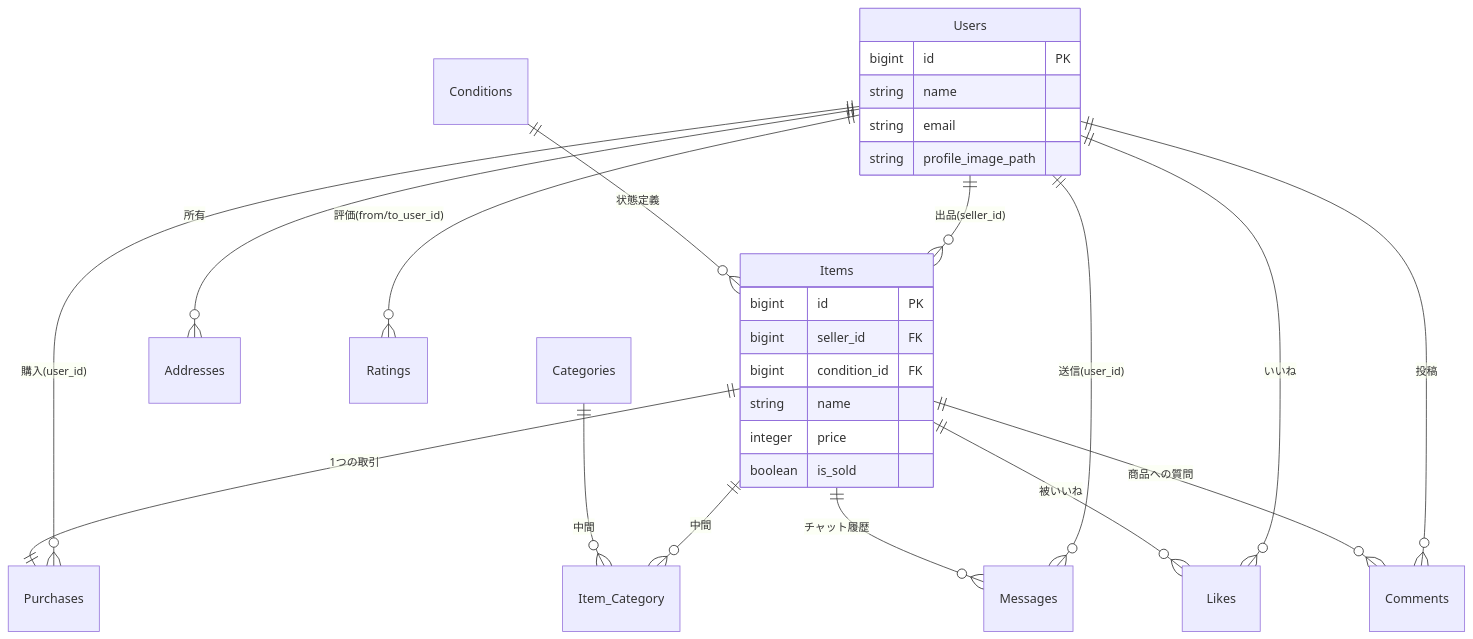
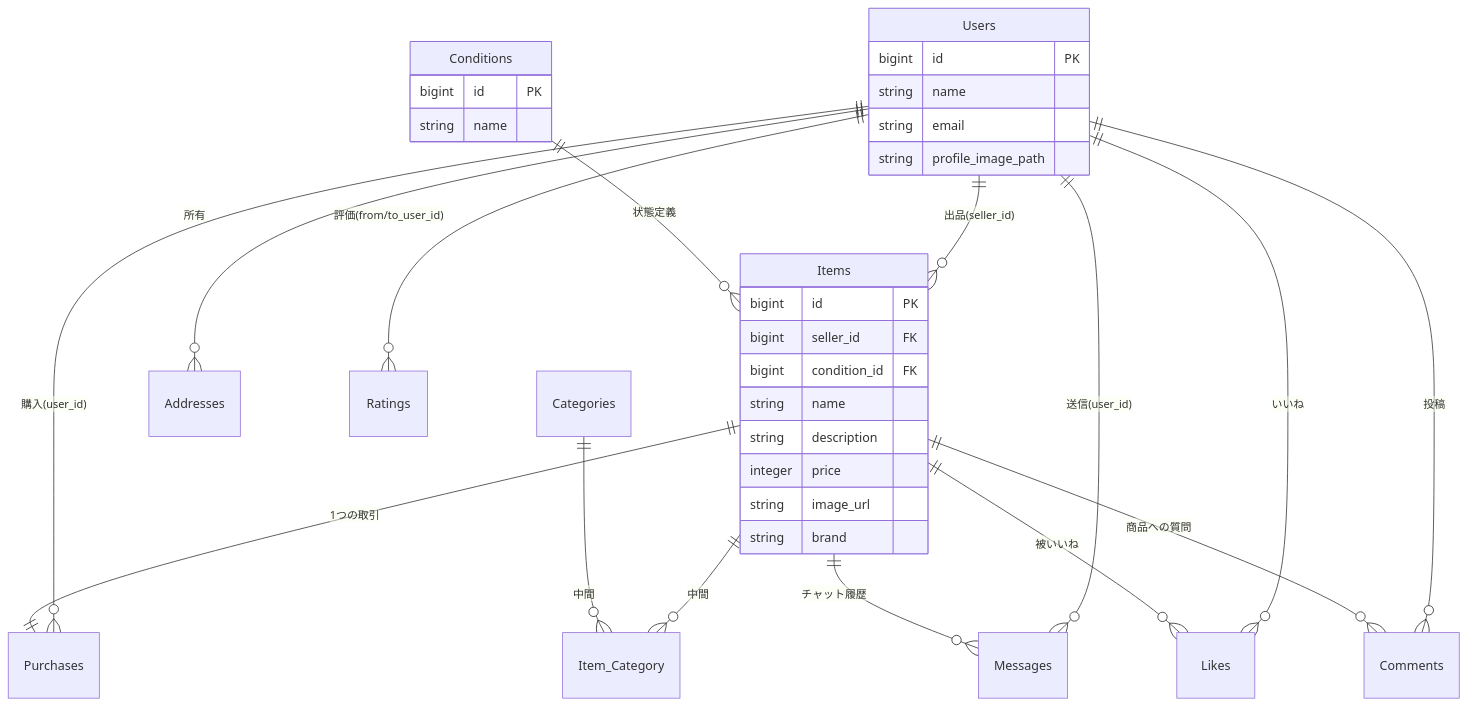
One commit to aya0605/mockcase-furima changed the diagram in README.md. Above: the diagram before and after it, drawn with Mermaid. The commit also changed 6 other files, not shown here.

````diff
--- a/README.md
+++ b/README.md
@@ -68,35 +68,42 @@
 ```mermaid
 erDiagram
     Users ||--o{ Items : "出品(seller_id)"
     Users ||--o{ Addresses : "所有"
     Users ||--o{ Purchases : "購入(user_id)"
     Users ||--o{ Messages : "送信(user_id)"
     Users ||--o{ Ratings : "評価(from/to_user_id)"
     Users ||--o{ Likes : "いいね"
     Users ||--o{ Comments : "投稿"
 
     Items ||--o{ Item_Category : "中間"
     Categories ||--o{ Item_Category : "中間"
     Items ||--|| Purchases : "1つの取引"
     Items ||--o{ Messages : "チャット履歴"
     Items ||--o{ Likes : "被いいね"
     Items ||--o{ Comments : "商品への質問"
     
     Conditions ||--o{ Items : "状態定義"
 
     Users {
         bigint id PK
         string name
         string email
         string profile_image_path
     }
 
     Items {
         bigint id PK
         bigint seller_id FK
         bigint condition_id FK
         string name
+        string description
         integer price
-        boolean is_sold
+        string image_url
+        string brand
+    }
+
+    Conditions {
+        bigint id PK
+        string name
     }
 ```
````
